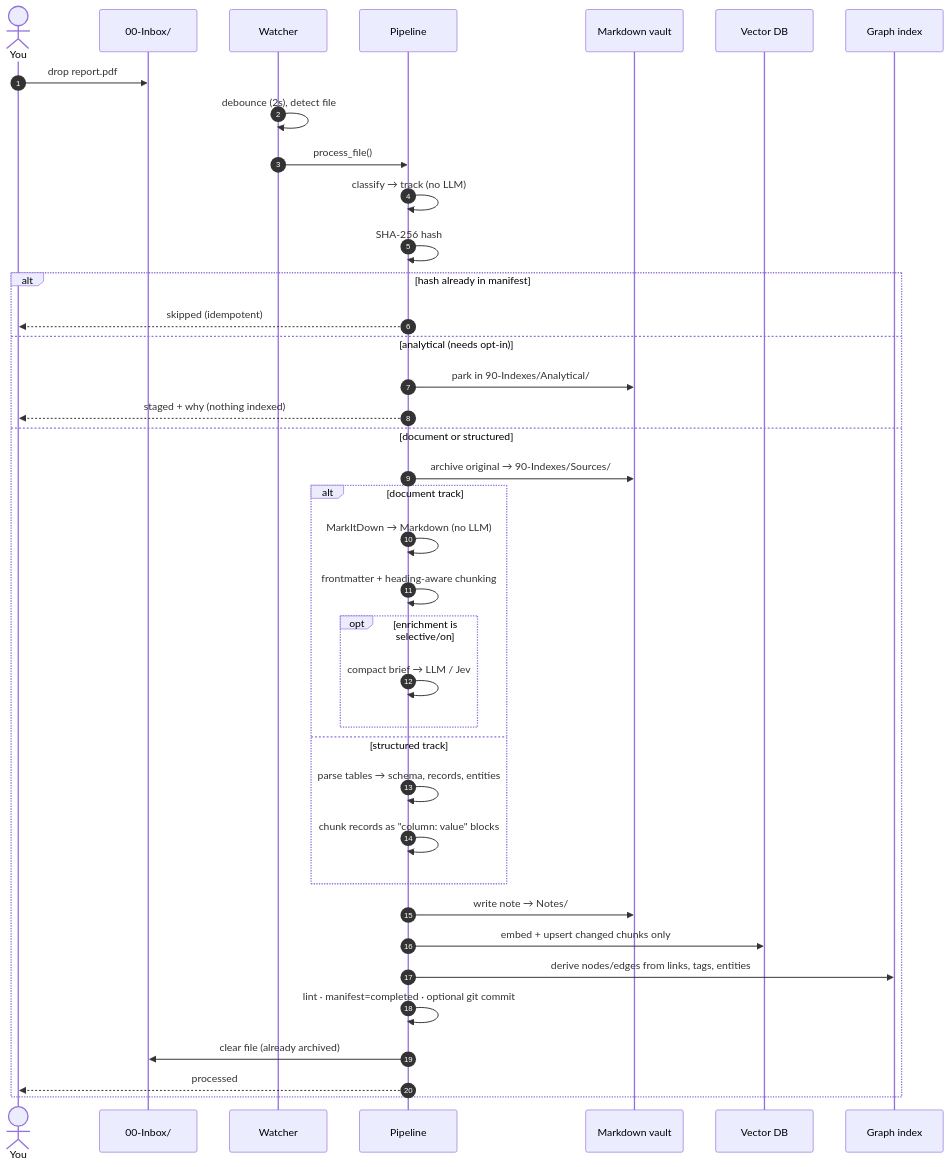
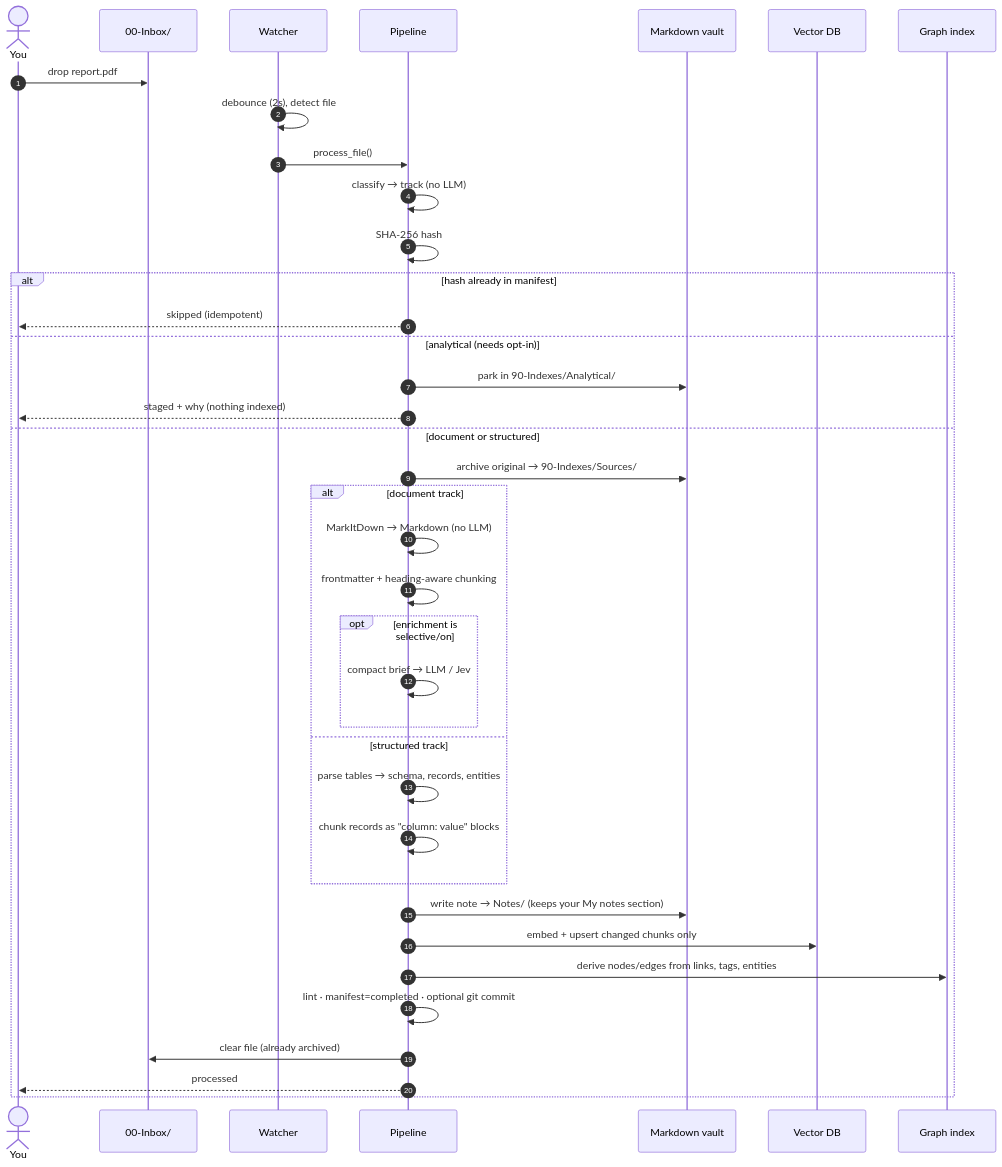
One commit to itsamitkr/obsidian changed the third of 4 diagrams in README.md. Above: the diagram before and after it, drawn with Mermaid. The commit also changed 4 other files, not shown here.

First line of the commit message:
Docs: bring architecture, config, ingestion and setup docs up to date

````diff
--- a/README.md
+++ b/README.md
@@ -156,42 +156,42 @@
 ```mermaid
 sequenceDiagram
     autonumber
     actor You
     participant Inbox as 00-Inbox/
     participant W as Watcher
     participant P as Pipeline
     participant MD as Markdown vault
     participant V as Vector DB
     participant G as Graph index
 
     You->>Inbox: drop report.pdf
     W->>W: debounce (2s), detect file
     W->>P: process_file()
 
     P->>P: classify → track (no LLM)
     P->>P: SHA-256 hash
     alt hash already in manifest
         P-->>You: skipped (idempotent)
     else analytical (needs opt-in)
         P->>MD: park in 90-Indexes/Analytical/
         P-->>You: staged + why (nothing indexed)
     else document or structured
         P->>MD: archive original → 90-Indexes/Sources/
         alt document track
             P->>P: MarkItDown → Markdown (no LLM)
             P->>P: frontmatter + heading-aware chunking
             opt enrichment is selective/on
                 P->>P: compact brief → LLM / Jev
             end
         else structured track
             P->>P: parse tables → schema, records, entities
             P->>P: chunk records as "column: value" blocks
         end
-        P->>MD: write note → Notes/
+        P->>MD: write note → Notes/ (keeps your My notes section)
         P->>V: embed + upsert changed chunks only
         P->>G: derive nodes/edges from links, tags, entities
         P->>P: lint · manifest=completed · optional git commit
         P->>Inbox: clear file (already archived)
         P-->>You: processed
     end
 ```
````
